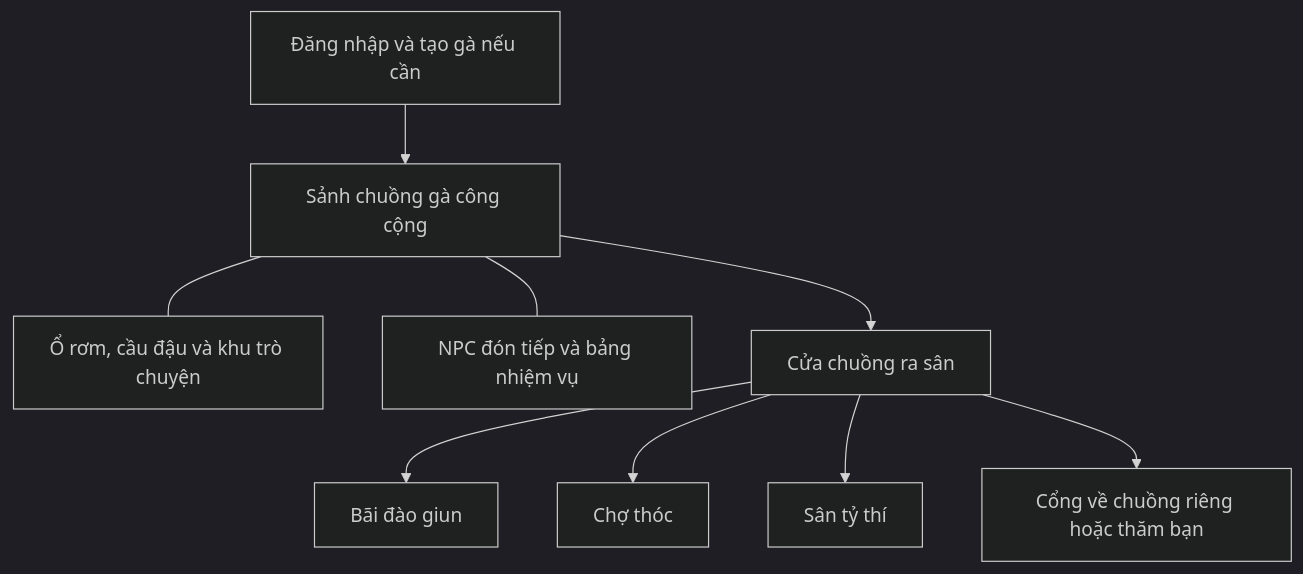
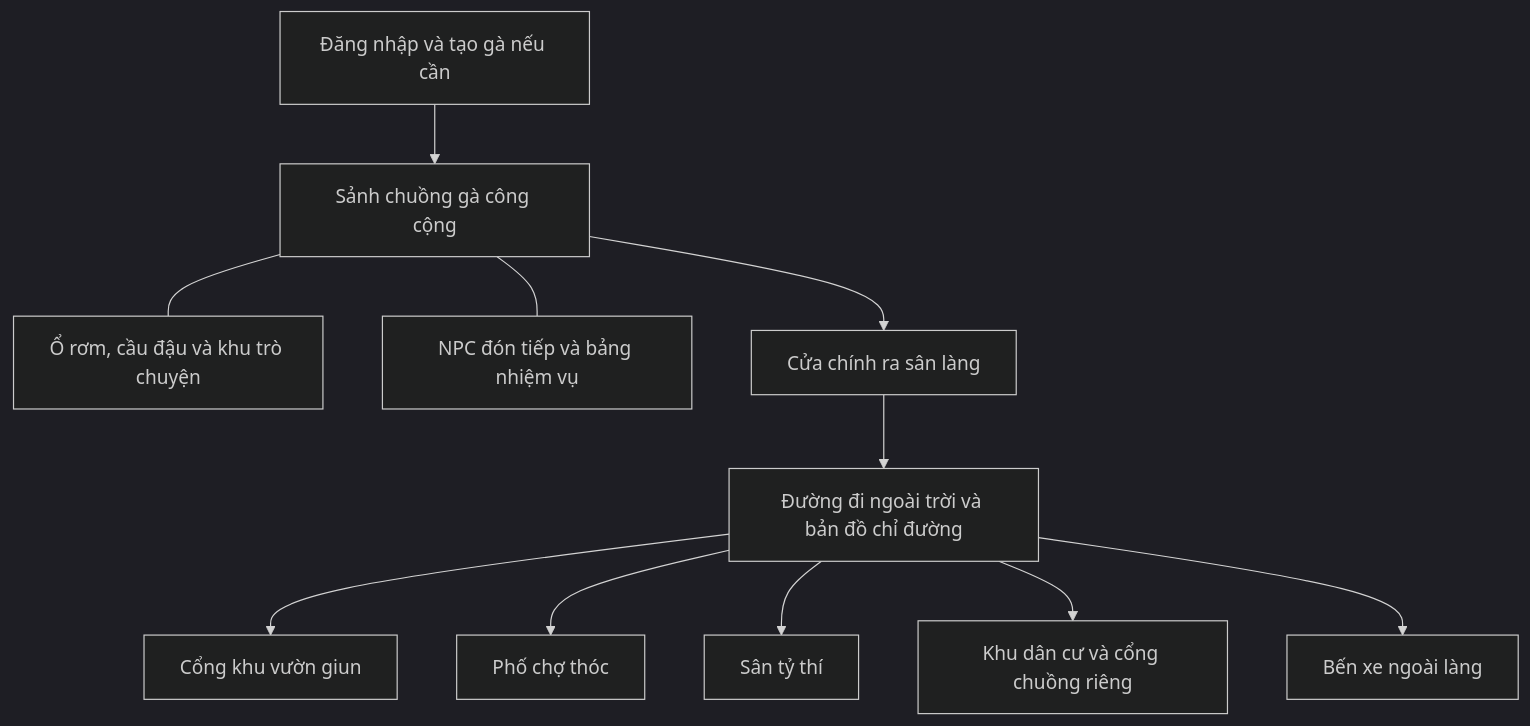
One commit to Mcuong1923/trangtraihypex changed the second of 3 diagrams in PLAN.md. Above: the diagram before and after it, drawn with Mermaid (dark theme). The commit also changed other lines of this file and 31 other files, not shown here.

First line of the commit message:
Làm lại thế giới 3D: bản đồ liền, sảnh chuồng mới, camera và chỉ đường

````diff
--- a/PLAN.md
+++ b/PLAN.md
@@ -162,11 +168,13 @@
 ```mermaid
 flowchart TB
     A[Đăng nhập và tạo gà nếu cần] --> B[Sảnh chuồng gà công cộng]
     B --- C[Ổ rơm, cầu đậu và khu trò chuyện]
     B --- D[NPC đón tiếp và bảng nhiệm vụ]
-    B --> E[Cửa chuồng ra sân]
-    E --> F[Bãi đào giun]
-    E --> G[Chợ thóc]
-    E --> H[Sân tỷ thí]
-    E --> I[Cổng về chuồng riêng hoặc thăm bạn]
+    B --> E[Cửa chính ra sân làng]
+    E --> J[Đường đi ngoài trời và bản đồ chỉ đường]
+    J --> F[Cổng khu vườn giun]
+    J --> G[Phố chợ thóc]
+    J --> H[Sân tỷ thí]
+    J --> I[Khu dân cư và cổng chuồng riêng]
+    J --> K[Bến xe ngoài làng]
 ```
````
